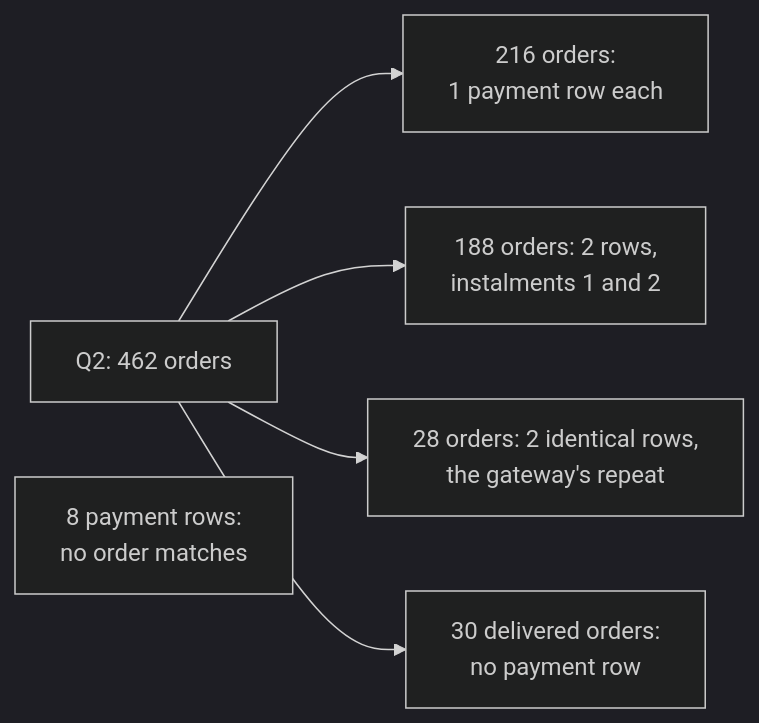
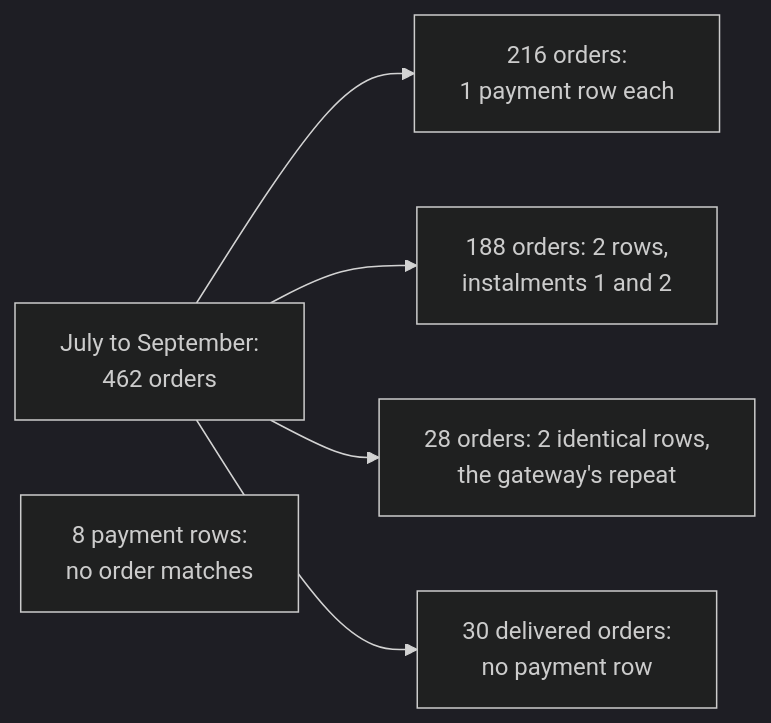
One commit to fde-academy-lab/c2-content-factory changed the second of 5 diagrams in content/W02/SAT/paper/C2_W02_SAT_recap_paper_STUDENT.md. Above: the diagram before and after it, drawn with Mermaid (dark theme). The commit also changed other lines of this file and 7 other files, not shown here.

````diff
--- a/content/W02/SAT/paper/C2_W02_SAT_recap_paper_STUDENT.md
+++ b/content/W02/SAT/paper/C2_W02_SAT_recap_paper_STUDENT.md
@@ -149,8 +147,8 @@
 ```mermaid
 flowchart LR
-  O["Q2: 462 orders"] --> A["216 orders:<br/>1 payment row each"]
+  O["July to September:<br/>462 orders"] --> A["216 orders:<br/>1 payment row each"]
   O --> B["188 orders: 2 rows,<br/>instalments 1 and 2"]
   O --> C["28 orders: 2 identical rows,<br/>the gateway's repeat"]
   O --> D["30 delivered orders:<br/>no payment row"]
   P["8 payment rows:<br/>no order matches"]
 ```
````
